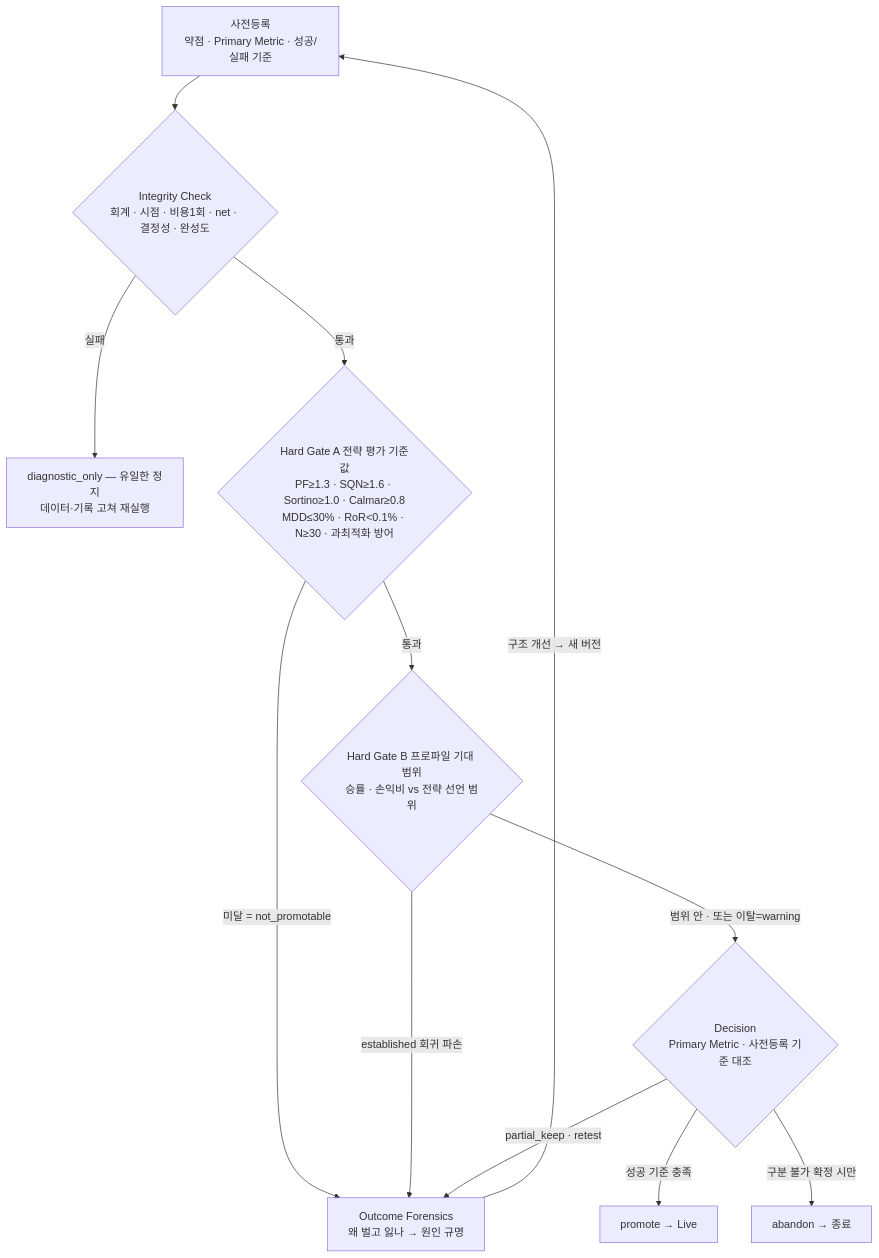
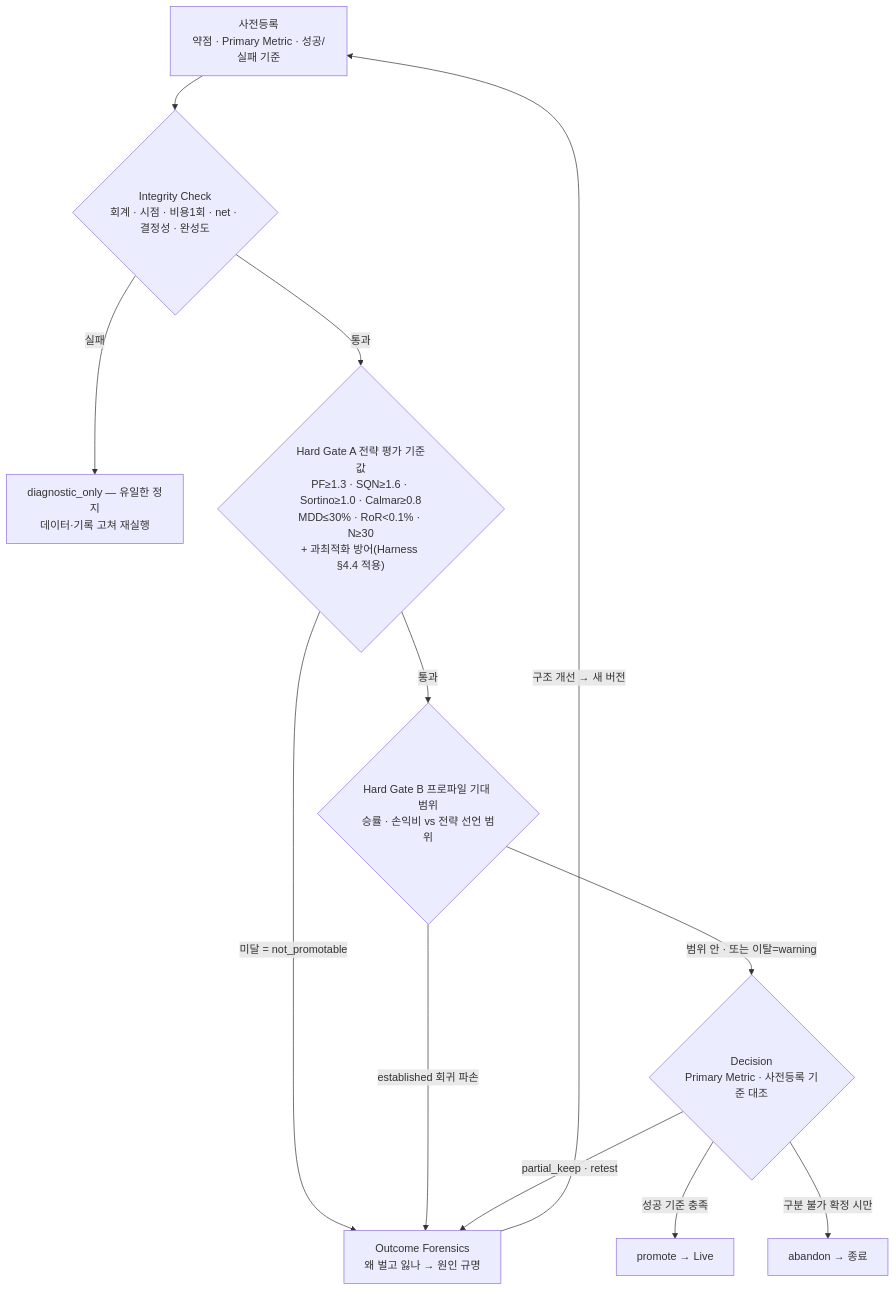
Diagram 17 of 17 in docs/fullspec/backtest_v2_detailed_design.md (vessel35/trading-system-v2), drawn with Mermaid before and after one commit. The commit also changed other lines of this file, not shown here.

````diff
--- a/docs/fullspec/backtest_v2_detailed_design.md
+++ b/docs/fullspec/backtest_v2_detailed_design.md
@@ -2579,14 +2643,14 @@
 ```mermaid
 flowchart TD
     PRE["사전등록<br/>약점 · Primary Metric · 성공/실패 기준"] --> INT{"Integrity Check<br/>회계 · 시점 · 비용1회 · net · 결정성 · 완성도"}
     INT -->|"실패"| DIAG["diagnostic_only — 유일한 정지<br/>데이터·기록 고쳐 재실행"]
-    INT -->|"통과"| HGA{"Hard Gate A 전략 평가 기준값<br/>PF≥1.3 · SQN≥1.6 · Sortino≥1.0 · Calmar≥0.8<br/>MDD≤30% · RoR&lt;0.1% · N≥30 · 과최적화 방어"}
+    INT -->|"통과"| HGA{"Hard Gate A 전략 평가 기준값<br/>PF≥1.3 · SQN≥1.6 · Sortino≥1.0 · Calmar≥0.8<br/>MDD≤30% · RoR&lt;0.1% · N≥30<br/>+ 과최적화 방어(Harness §4.4 적용)"}
     HGA -->|"미달 = not_promotable"| FOR["Outcome Forensics<br/>왜 벌고 잃나 → 원인 규명"]
     HGA -->|"통과"| HGB{"Hard Gate B 프로파일 기대 범위<br/>승률 · 손익비 vs 전략 선언 범위"}
     HGB -->|"established 회귀 파손"| FOR
     HGB -->|"범위 안 · 또는 이탈=warning"| DEC{"Decision<br/>Primary Metric · 사전등록 기준 대조"}
     DEC -->|"성공 기준 충족"| PRO["promote → Live"]
     DEC -->|"partial_keep · retest"| FOR
     DEC -->|"구분 불가 확정 시만"| ABD["abandon → 종료"]
     FOR -->|"구조 개선 → 새 버전"| PRE
 ```
````
